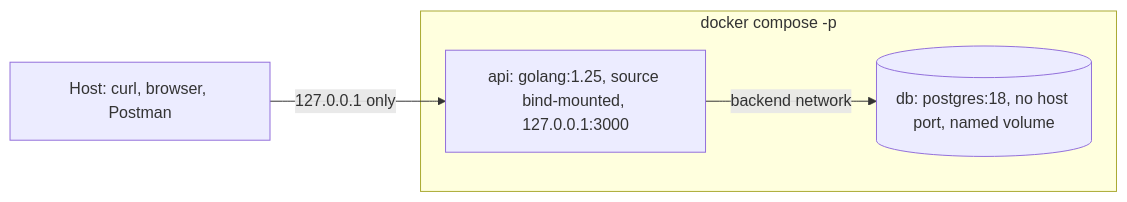
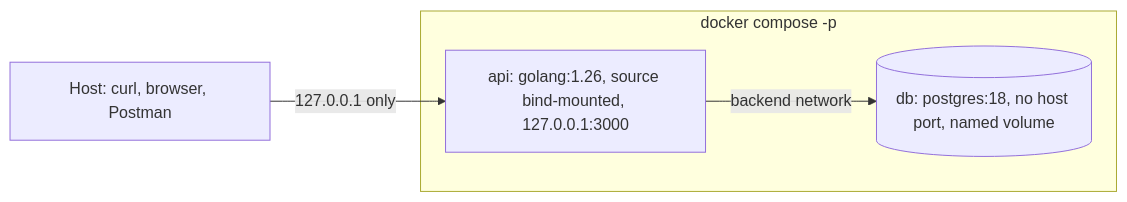
One commit to lathief/RiskForge changed the fourth of 5 diagrams in docs/ARCHITECTURE.md. Above: the diagram before and after it, drawn with Mermaid. The commit also changed other lines of this file and 290 other files, not shown here.

````diff
--- a/docs/ARCHITECTURE.md
+++ b/docs/ARCHITECTURE.md
@@ -145,9 +149,9 @@
 ```mermaid
 flowchart LR
     subgraph Compose["docker compose -p <project>"]
-        api["api: golang:1.25, source bind-mounted, 127.0.0.1:3000"]
+        api["api: golang:1.26, source bind-mounted, 127.0.0.1:3000"]
         db[("db: postgres:18, no host port, named volume")]
         api -->|backend network| db
     end
-    host[Host: curl, browser, Postman] -->|127.0.0.1 only| api
+    host["Host: curl, browser, Postman"] -->|127.0.0.1 only| api
 ```
````
